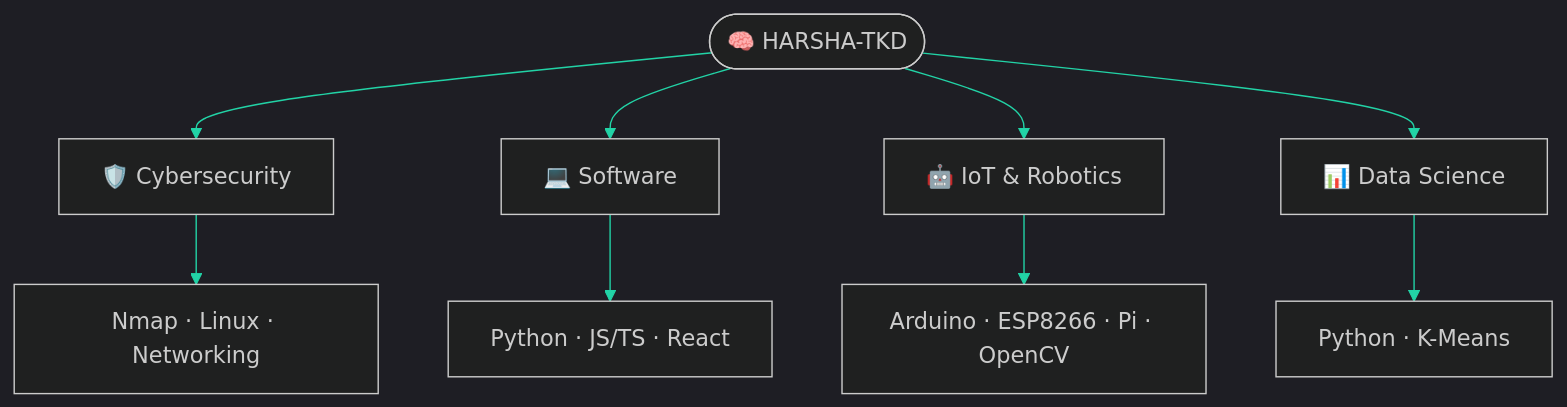
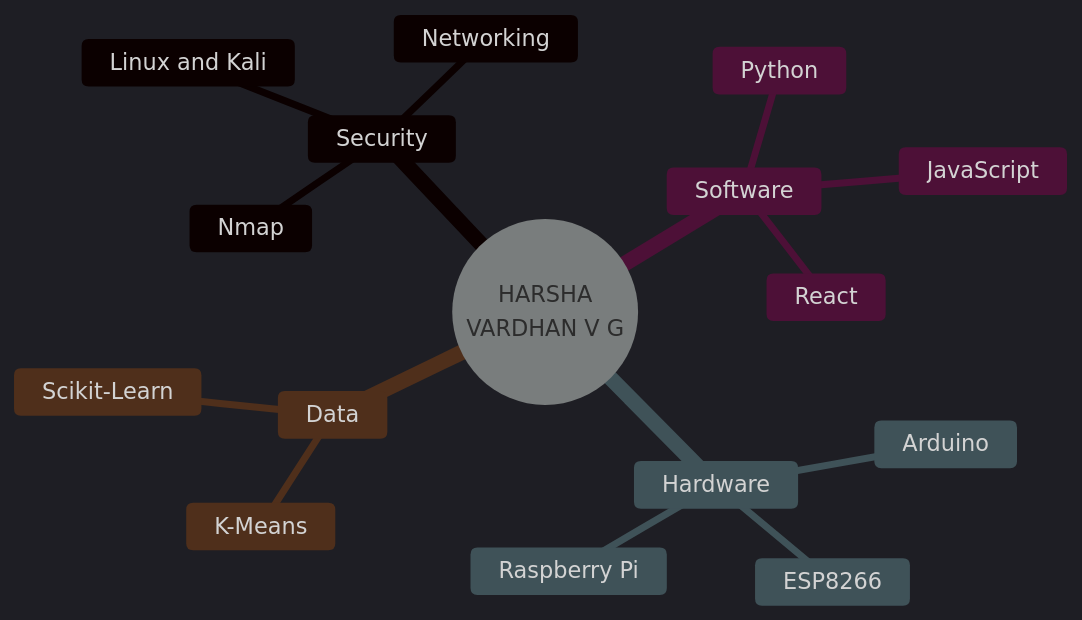
The second of 2 diagrams in README.md (HARSHA-TKD/HARSHA-TKD), drawn with Mermaid before and after one commit. The commit also changed other lines of this file, not shown here.

````diff
--- a/README.md
+++ b/README.md
@@ -183,13 +151,20 @@
 ```mermaid
-%%{init: {'theme':'dark','themeVariables':{'primaryColor':'#4C1D95','primaryTextColor':'#fff','primaryBorderColor':'#00E5FF','lineColor':'#22D3A6'}}}%%
-flowchart TD
-    A(["🧠 HARSHA-TKD"])
-    A --> B["🛡️ Cybersecurity"]
-    A --> C["💻 Software"]
-    A --> D["🤖 IoT & Robotics"]
-    A --> E["📊 Data Science"]
-    B --> B1["Nmap · Linux · Networking"]
-    C --> C1["Python · JS/TS · React"]
-    D --> D1["Arduino · ESP8266 · Pi · OpenCV"]
-    E --> E1["Python · K-Means"]
+%%{init: {'theme':'dark','themeVariables':{'primaryColor':'#3B0764','primaryTextColor':'#fff','primaryBorderColor':'#00E5FF','lineColor':'#22D3A6'}}}%%
+mindmap
+  root((HARSHA<br/>VARDHAN V G))
+    Security
+      Nmap
+      Networking
+      Linux and Kali
+    Software
+      Python
+      JavaScript
+      React
+    Hardware
+      Arduino
+      ESP8266
+      Raspberry Pi
+    Data
+      K-Means
+      Scikit-Learn
 ```
````
